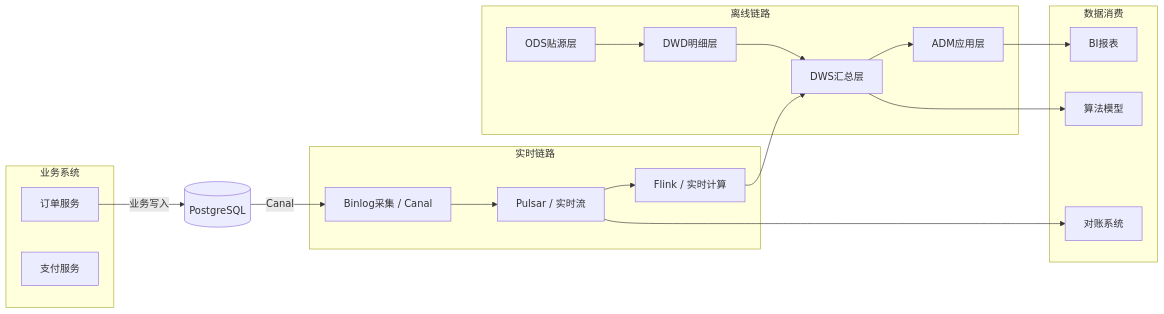
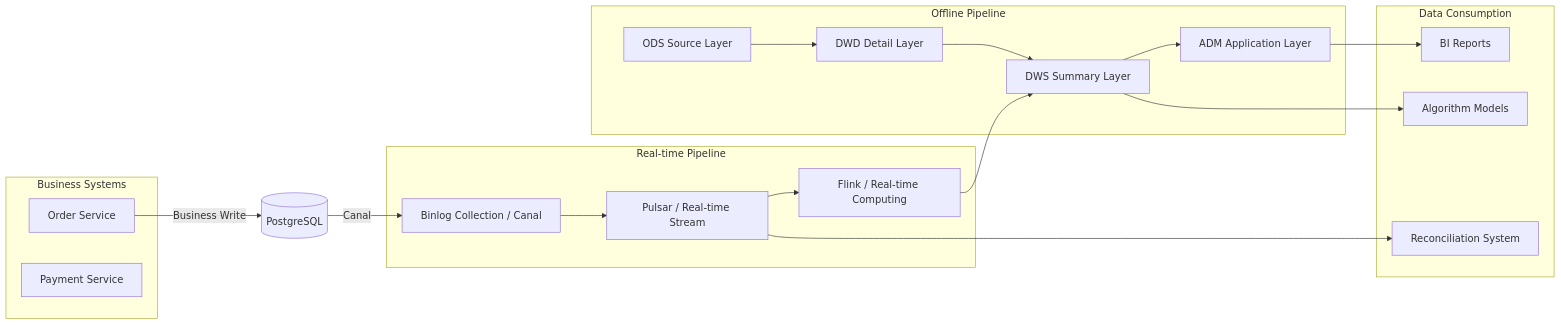
Diagram 12 of 15 in templates/产品/技术层/【模板】架构设计文档.md (Kirky-X/cangjie), drawn with Mermaid before and after one commit. The commit also changed other lines of this file and 60 other files, not shown here.

````diff
--- a/templates/产品/技术层/【模板】架构设计文档.md
+++ b/templates/产品/技术层/【模板】架构设计文档.md
@@ -566,36 +566,36 @@
 ```mermaid
 flowchart LR
-    subgraph 业务系统
-        A1[订单服务]
-        A2[支付服务]
+    subgraph Business Systems
+        A1[Order Service]
+        A2[Payment Service]
     end
 
-    subgraph 实时链路
-        B1[Binlog采集 / Canal]
-        B2[Pulsar / 实时流]
-        B3[Flink / 实时计算]
+    subgraph Real-time Pipeline
+        B1[Binlog Collection / Canal]
+        B2[Pulsar / Real-time Stream]
+        B3[Flink / Real-time Computing]
     end
 
-    subgraph 离线链路
-        C1[ODS贴源层]
-        C2[DWD明细层]
-        C3[DWS汇总层]
-        C4[ADM应用层]
+    subgraph Offline Pipeline
+        C1[ODS Source Layer]
+        C2[DWD Detail Layer]
+        C3[DWS Summary Layer]
+        C4[ADM Application Layer]
     end
 
-    subgraph 数据消费
-        D1[BI报表]
-        D2[算法模型]
-        D3[对账系统]
+    subgraph Data Consumption
+        D1[BI Reports]
+        D2[Algorithm Models]
+        D3[Reconciliation System]
     end
 
-    A1 -->|业务写入| DB1[(PostgreSQL)]
+    A1 -->|Business Write| DB1[(PostgreSQL)]
     DB1 -->|Canal| B1
     B1 --> B2
     B2 --> B3
     B3 --> C3
     C1 --> C2 --> C3 --> C4
     C4 --> D1
     C3 --> D2
     B2 --> D3
 ```
````
